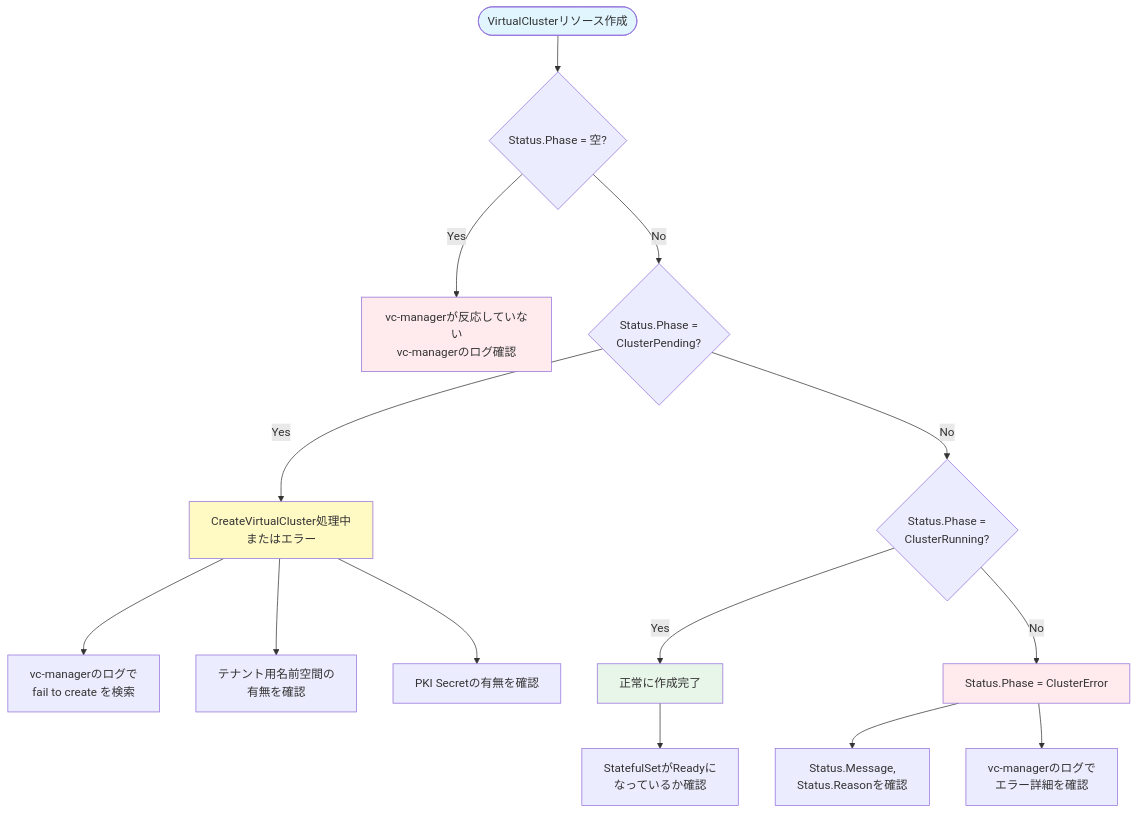
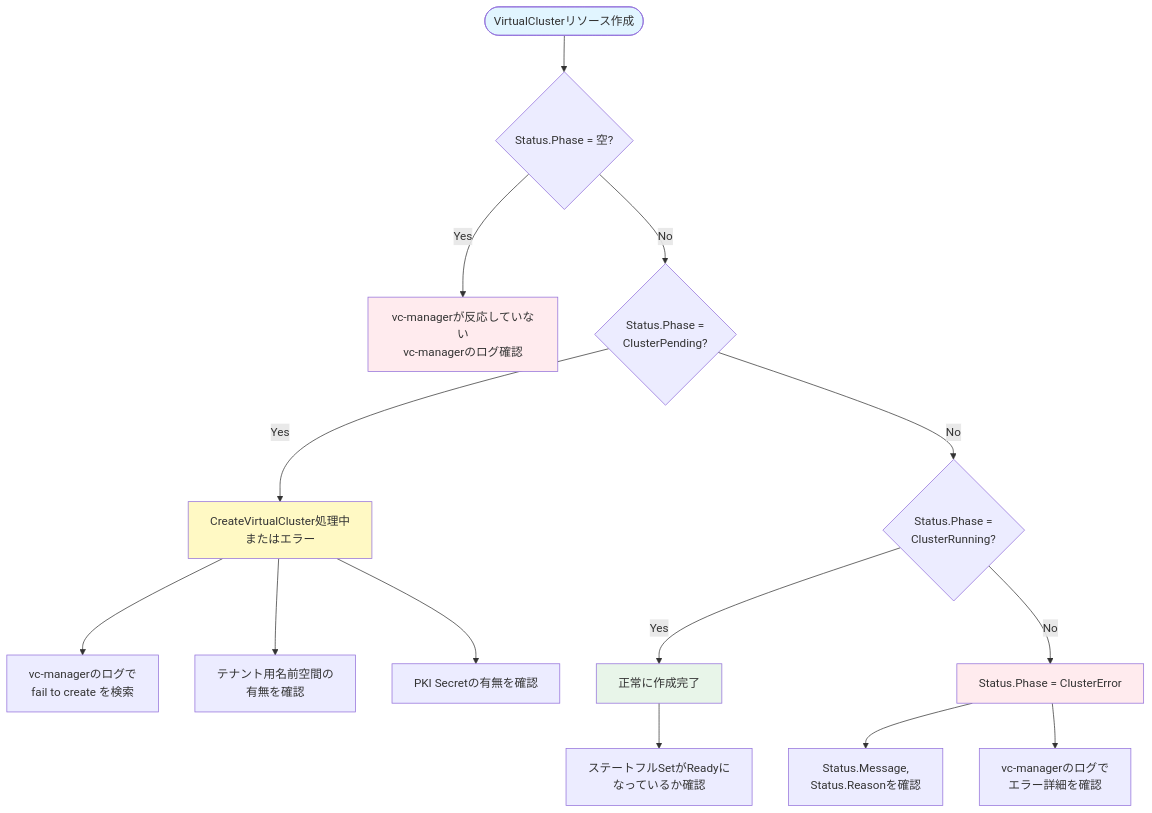
One commit to takeharukato/ansible-linux-setup changed the second of 2 diagrams in roles/k8s-virtual-cluster/Readme.md. Above: the diagram before and after it, drawn with Mermaid. The commit also changed other lines of this file and 13 other files, not shown here.

````diff
--- a/roles/k8s-virtual-cluster/Readme.md
+++ b/roles/k8s-virtual-cluster/Readme.md
@@ -1646,28 +1647,28 @@
 ```mermaid
 flowchart TD
     Start([VirtualClusterリソース作成]) --> CheckPhaseEmpty{Status.Phase = 空?}
 
     CheckPhaseEmpty -->|Yes| ErrorNoResponse[vc-managerが反応していない<br/>vc-managerのログ確認]
 
     CheckPhaseEmpty -->|No| CheckPending{Status.Phase =<br/>ClusterPending?}
 
     CheckPending -->|Yes| PendingState[CreateVirtualCluster処理中<br/>またはエラー]
     PendingState --> PendingCheck1[vc-managerのログで<br/>fail to create を検索]
     PendingState --> PendingCheck2[テナント用名前空間の<br/>有無を確認]
     PendingState --> PendingCheck3[PKI Secretの有無を確認]
 
     CheckPending -->|No| CheckRunning{Status.Phase =<br/>ClusterRunning?}
 
     CheckRunning -->|Yes| SuccessState[正常に作成完了]
-    SuccessState --> SuccessCheck[StatefulSetがReadyに<br/>なっているか確認]
+    SuccessState --> SuccessCheck[ステートフルSetがReadyに<br/>なっているか確認]
 
     CheckRunning -->|No| ErrorState[Status.Phase = ClusterError]
     ErrorState --> ErrorCheck1[Status.Message,<br/>Status.Reasonを確認]
     ErrorState --> ErrorCheck2[vc-managerのログで<br/>エラー詳細を確認]
 
     style Start fill:#e1f5ff
     style ErrorNoResponse fill:#ffebee
     style ErrorState fill:#ffebee
     style SuccessState fill:#e8f5e9
     style PendingState fill:#fff9c4
 ```
````
